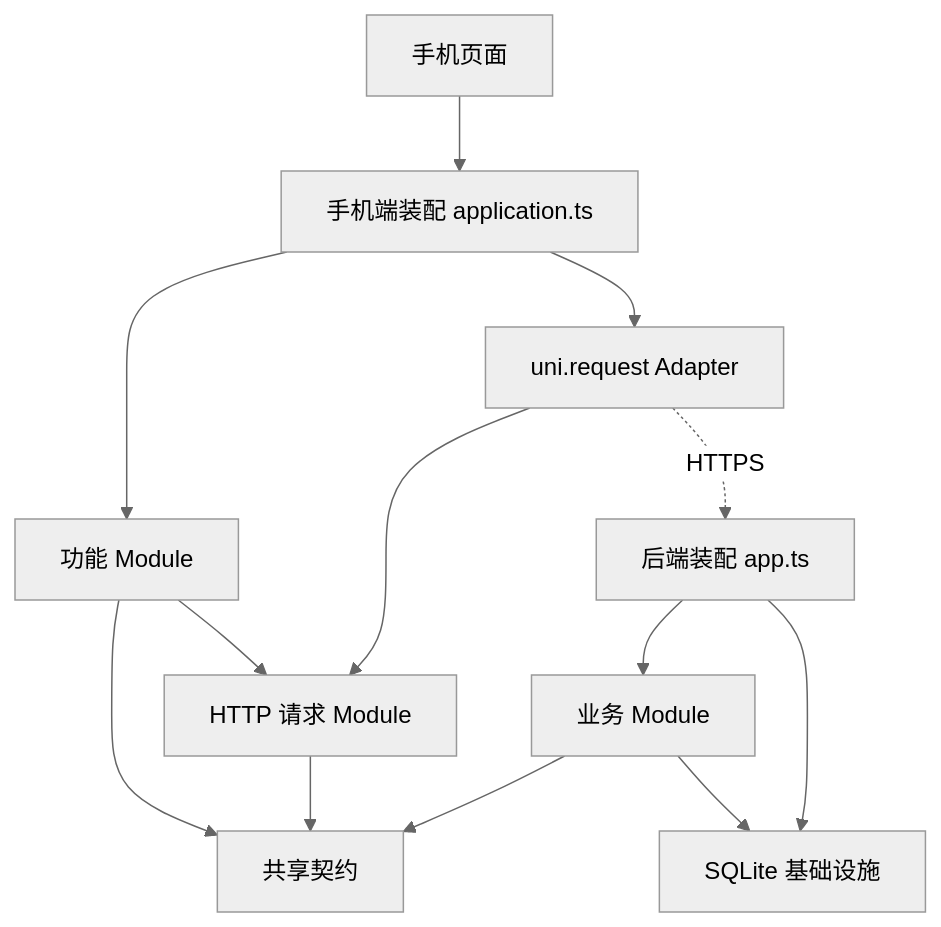
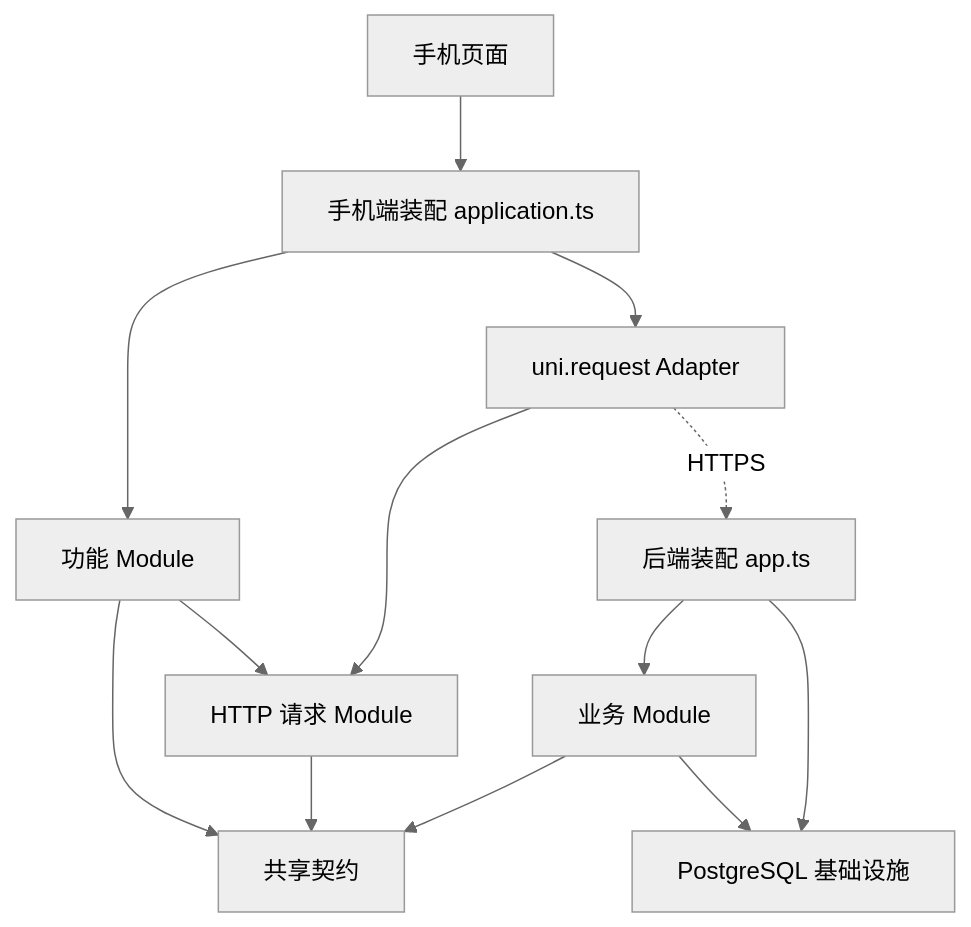
One commit to Daniele111222/BossOK changed the diagram in docs/架构设计.md. Above: the diagram before and after it, drawn with Mermaid (neutral theme). The commit also changed other lines of this file and 37 other files, not shown here.

Commit message:
feat(server): 切换至 PostgreSQL 并忽略本地测试文件

````diff
--- a/docs/架构设计.md
+++ b/docs/架构设计.md
@@ -24,15 +24,15 @@
 ```mermaid
 flowchart TD
   Pages[手机页面] --> Composition[手机端装配 application.ts]
   Composition --> Features[功能 Module]
   Composition --> Uni[uni.request Adapter]
   Features --> HTTP[HTTP 请求 Module]
   Uni --> HTTP
   Features --> Contracts[共享契约]
   HTTP --> Contracts
   Uni -. HTTPS .-> Server[后端装配 app.ts]
   Server --> Modules[业务 Module]
   Modules --> Contracts
-  Modules --> DB[SQLite 基础设施]
+  Modules --> DB[PostgreSQL 基础设施]
   Server --> DB
 ```
````
